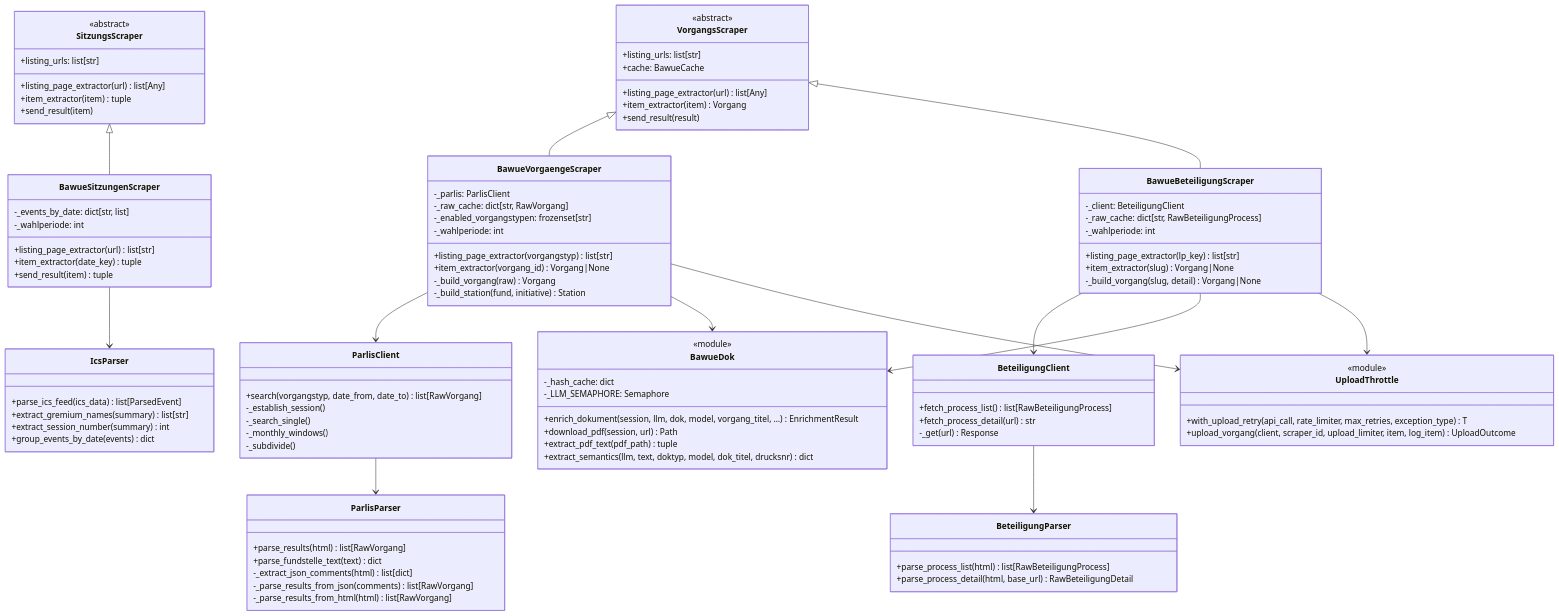
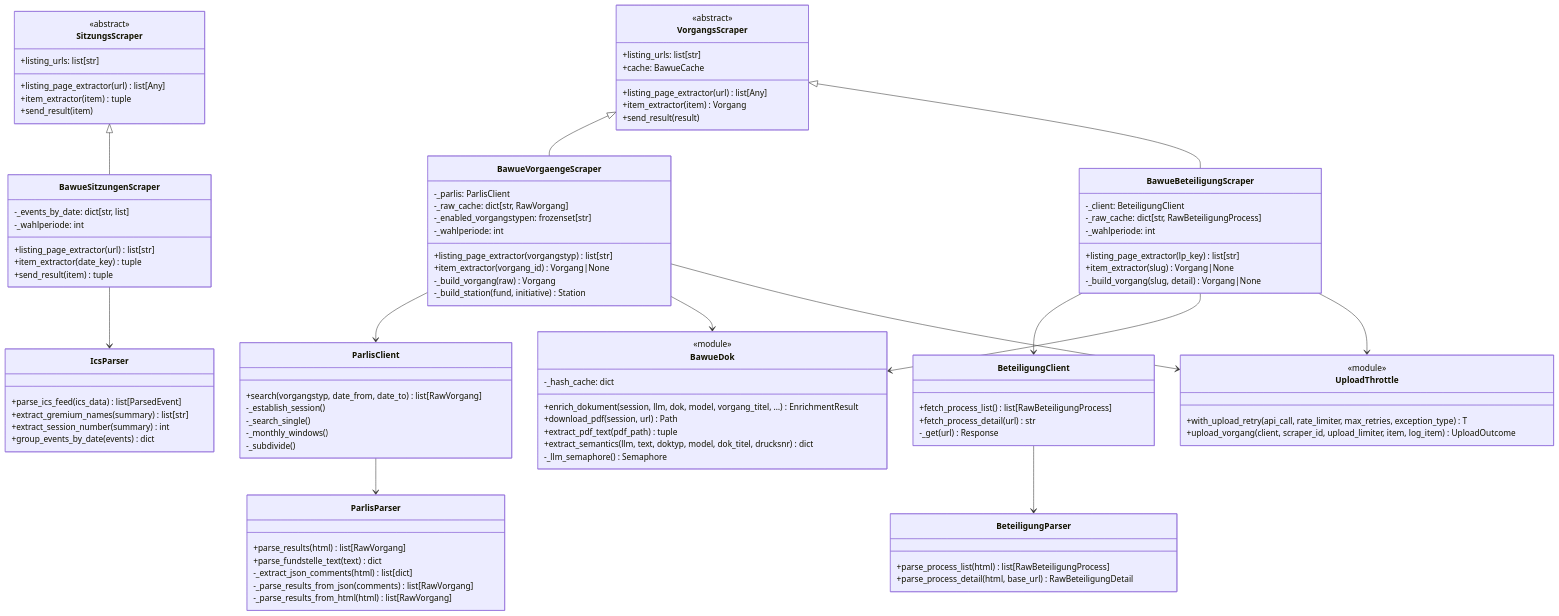
The third of 4 diagrams in docs/architecture.md (Parlamentszusammenfasser/pazufa-scraper-bw), drawn with Mermaid before and after one commit. The commit also changed 2 other files, not shown here.

Commit message:
fix: one LLM/OCR semaphore per event loop
Without --once, __main__ starts a new event loop per cycle. The import-time
semaphores stayed bound to the first loop, so from the second cycle on every
contended acquire raised "bound to a different event loop" and documents
silently lost their LLM fields or volltext. Each loop now gets its own
semaphores; both scrapers of a cycle still share one limit (3 LLM, 2 OCR).

Refs #101

```diff
--- a/docs/architecture.md
+++ b/docs/architecture.md
@@ -229,7 +229,7 @@
         +extract_pdf_text(pdf_path) tuple
         +extract_semantics(llm, text, doktyp, model, dok_titel, drucksnr) dict
         -_hash_cache: dict
-        -_LLM_SEMAPHORE: Semaphore
+        -_llm_semaphore() Semaphore
     }
 
     class UploadThrottle {
```
